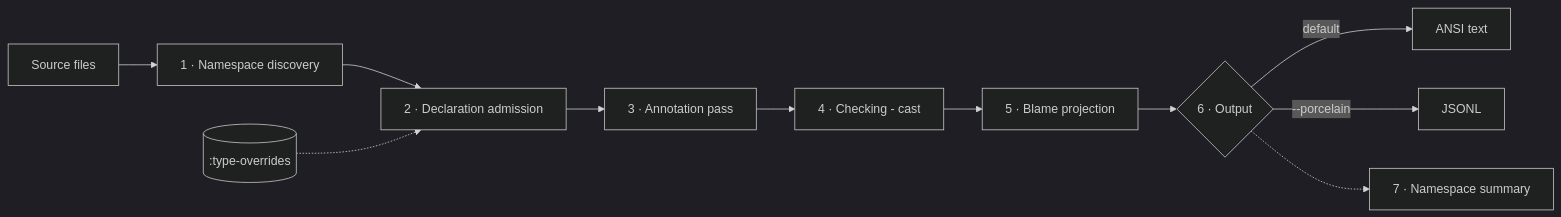
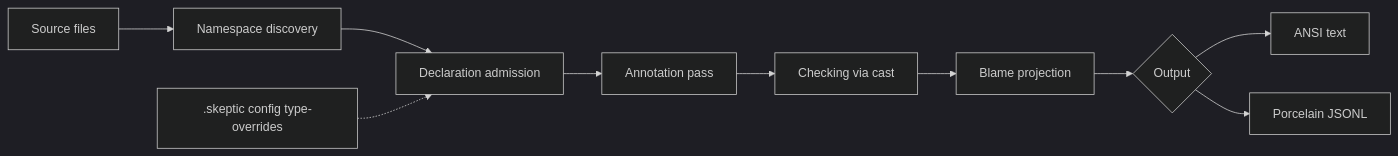
The diagram in skeptic/docs/walkthrough/README.md (nomicflux/skeptic), drawn with Mermaid (dark theme) before and after one commit. The commit also changed other lines of this file and 12 other files, not shown here.

````diff
--- a/skeptic/docs/walkthrough/README.md
+++ b/skeptic/docs/walkthrough/README.md
@@ -37,13 +19,12 @@
 ```mermaid
 flowchart LR
-  src[Source files] --> disc[1 · Namespace discovery]
-  disc --> adm[2 · Declaration admission]
-  cfg[(:type-overrides)] -.-> adm
-  adm --> ann[3 · Annotation pass]
-  ann --> chk[4 · Checking - cast]
-  chk --> blame[5 · Blame projection]
-  blame --> out{6 · Output}
-  out -->|default| txt[ANSI text]
-  out -->|--porcelain| jsl[JSONL]
-  out -.-> sum[7 · Namespace summary]
+  src[Source files] --> disc[Namespace discovery]
+  disc --> adm[Declaration admission]
+  cfg[.skeptic config type-overrides] -.-> adm
+  adm --> ann[Annotation pass]
+  ann --> chk[Checking via cast]
+  chk --> blame[Blame projection]
+  blame --> out{Output}
+  out --> txt[ANSI text]
+  out --> json[Porcelain JSONL]
 ```
````
